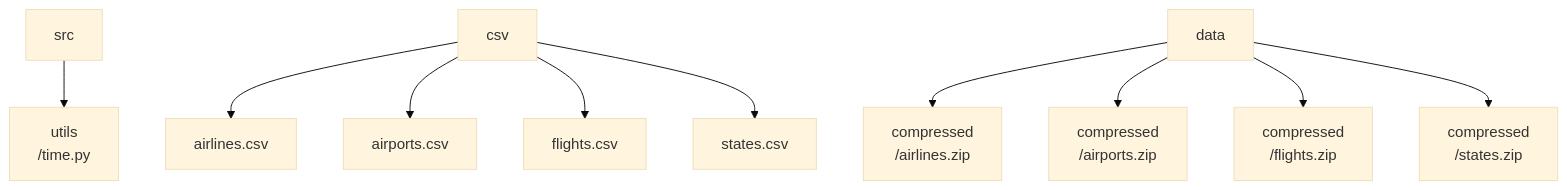
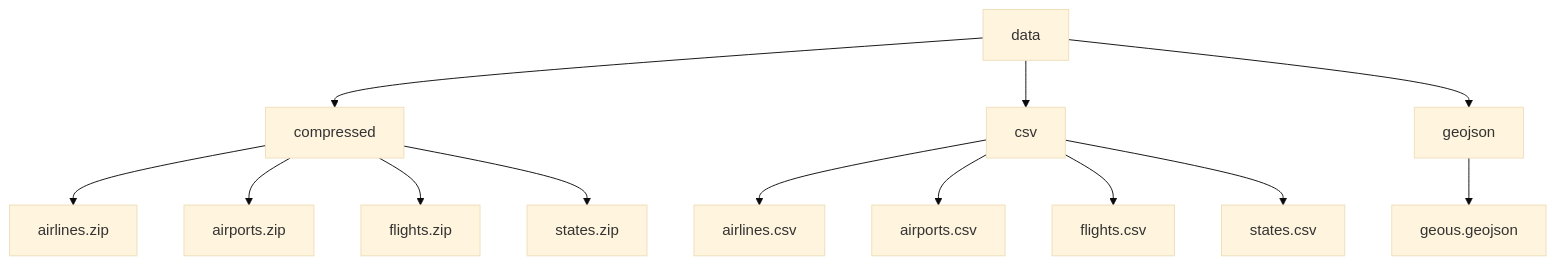
The fourth of 5 diagrams in README.md (Mathatou/Data_Python), drawn with Mermaid (base theme) before and after one commit. The commit also changed other lines of this file, not shown here.

````diff
--- a/README.md
+++ b/README.md
@@ -55,18 +116,17 @@
 ```mermaid
-%% Section 3 : src, csv et data
+%% Section 5 : data
 graph TD
-    E[src]
-    E --> E1[utils<br>/time.py]
-
-    F[csv]
-    F --> F1[airlines.csv]
-    F --> F2[airports.csv]
-    F --> F3[flights.csv]
-    F --> F4[states.csv]
-
-    G[data]
-    G --> G1[compressed<br>/airlines.zip]
-    G --> G2[compressed<br>/airports.zip]
-    G --> G3[compressed<br>/flights.zip]
-    G --> G4[compressed<br>/states.zip]
+    E[data]
+    E --> E1[compressed]
+    E1 --> E11[airlines.zip]
+    E1 --> E12[airports.zip]
+    E1 --> E13[flights.zip]
+    E1 --> E14[states.zip]
+    E --> E2[csv]
+    E2 --> E21[airlines.csv]
+    E2 --> E22[airports.csv]
+    E2 --> E23[flights.csv]
+    E2 --> E24[states.csv]
+    E --> E3[geojson]
+    E3 --> E31[geous.geojson]
 ```
````
